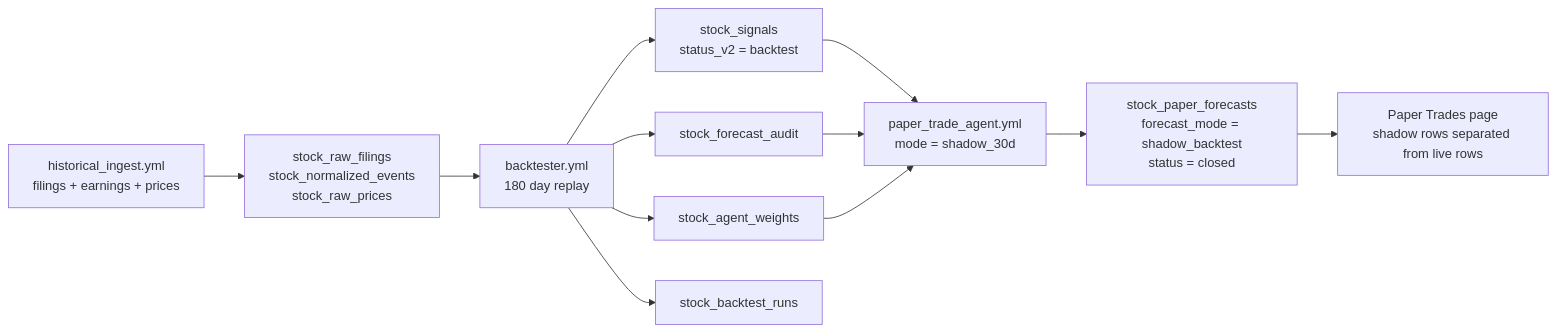
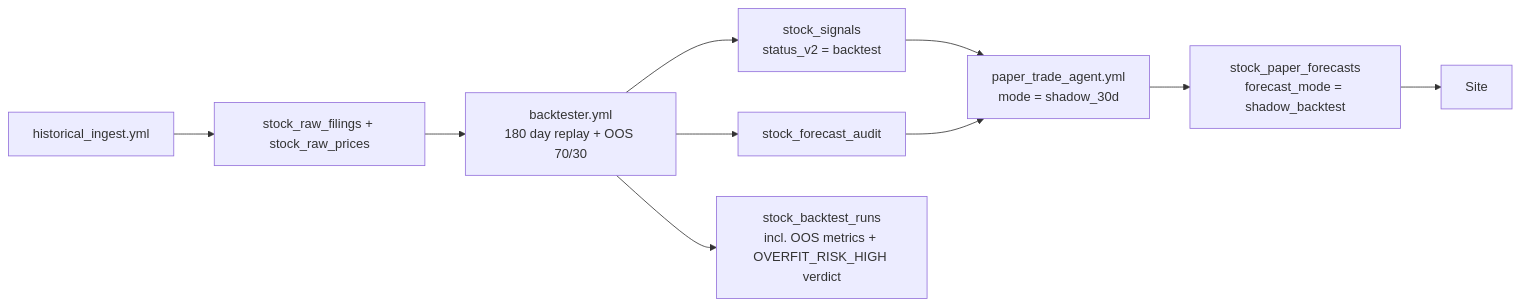
The third of 3 diagrams in docs/technical-architecture.md (nishantgupta83/stock_app), drawn with Mermaid before and after one commit. The commit also changed other lines of this file, not shown here.

First line of the commit message:
docs: refresh technical-architecture.md to Phase 11.6 reality

````diff
--- a/docs/technical-architecture.md
+++ b/docs/technical-architecture.md
@@ -169,14 +234,12 @@
 ```mermaid
 flowchart LR
-  Ingest["historical_ingest.yml<br/>filings + earnings + prices"] --> Raw["stock_raw_filings<br/>stock_normalized_events<br/>stock_raw_prices"]
-  Raw --> Backtest["backtester.yml<br/>180 day replay"]
+  Ingest["historical_ingest.yml"] --> Raw["stock_raw_filings + stock_raw_prices"]
+  Raw --> Backtest["backtester.yml<br/>180 day replay + OOS 70/30"]
   Backtest --> HistSignals["stock_signals<br/>status_v2 = backtest"]
   Backtest --> Audit["stock_forecast_audit"]
-  Backtest --> Weights["stock_agent_weights"]
-  Backtest --> Runs["stock_backtest_runs"]
+  Backtest --> Runs["stock_backtest_runs<br/>incl. OOS metrics + OVERFIT_RISK_HIGH verdict"]
   HistSignals --> Shadow["paper_trade_agent.yml<br/>mode = shadow_30d"]
   Audit --> Shadow
-  Weights --> Shadow
-  Shadow --> PaperRows["stock_paper_forecasts<br/>forecast_mode = shadow_backtest<br/>status = closed"]
-  PaperRows --> Site["Paper Trades page<br/>shadow rows separated from live rows"]
+  Shadow --> PaperRows["stock_paper_forecasts<br/>forecast_mode = shadow_backtest"]
+  PaperRows --> Site
 ```
````
